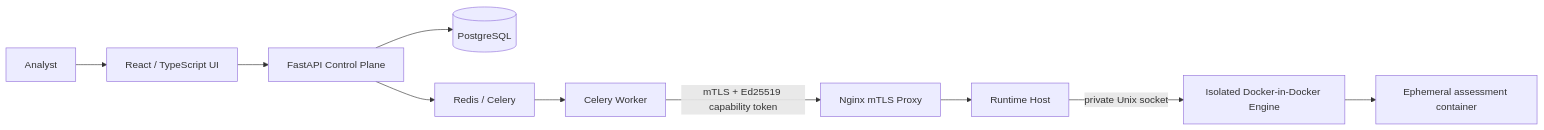
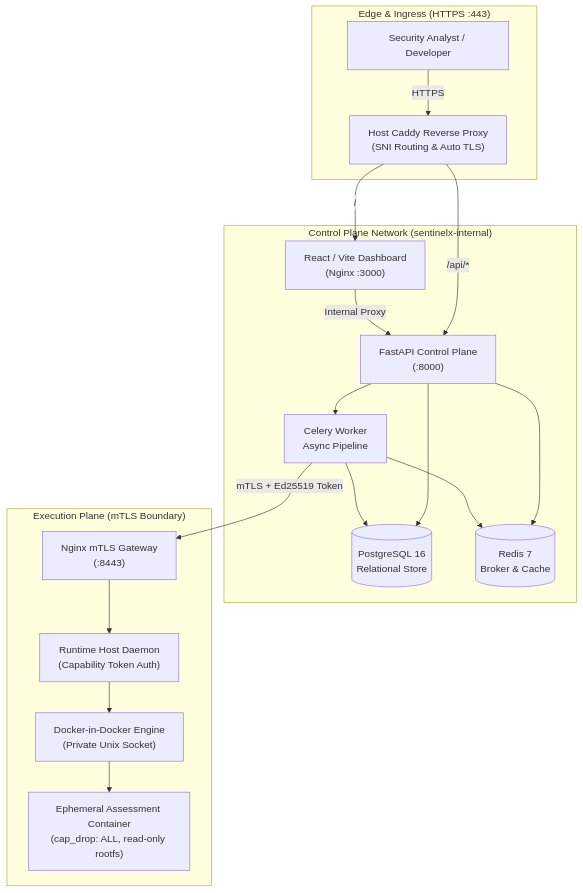
One commit to PranavBShenoy/Sentinal-X changed the diagram in README.md. Above: the diagram before and after it, drawn with Mermaid. The commit also changed other lines of this file and 38 other files, not shown here.

````diff
--- a/README.md
+++ b/README.md
@@ -13,12 +33,38 @@
 ```mermaid
-flowchart LR
-    User[Analyst] --> UI[React / TypeScript UI]
-    UI --> API[FastAPI Control Plane]
-    API --> DB[(PostgreSQL)]
-    API --> Queue[Redis / Celery]
-    Queue --> Worker[Celery Worker]
-    Worker -->|mTLS + Ed25519 capability token| Proxy[Nginx mTLS Proxy]
-    Proxy --> Host[Runtime Host]
-    Host -->|private Unix socket| Engine[Isolated Docker-in-Docker Engine]
-    Engine --> Job[Ephemeral assessment container]
+flowchart TD
+    subgraph Clients["Edge & Ingress (HTTPS :443)"]
+        User["Security Analyst / Developer"]
+        Caddy["Host Caddy Reverse Proxy<br/>(SNI Routing & Auto TLS)"]
+    end
+
+    subgraph ControlPlane["Control Plane Network (sentinelx-internal)"]
+        Frontend["React / Vite Dashboard<br/>(Nginx :3000)"]
+        API["FastAPI Control Plane<br/>(:8000)"]
+        DB[("PostgreSQL 16<br/>Relational Store")]
+        Redis[("Redis 7<br/>Broker & Cache")]
+        Worker["Celery Worker<br/>Async Pipeline"]
+    end
+
+    subgraph ExecutionPlane["Execution Plane (mTLS Boundary)"]
+        Proxy["Nginx mTLS Gateway<br/>(:8443)"]
+        Host["Runtime Host Daemon<br/>(Capability Token Auth)"]
+        DIND["Docker-in-Docker Engine<br/>(Private Unix Socket)"]
+        Sandbox["Ephemeral Assessment Container<br/>(cap_drop: ALL, read-only rootfs)"]
+    end
+
+    User -->|HTTPS| Caddy
+    Caddy -->|/| Frontend
+    Caddy -->|/api/*| API
+    Frontend -->|Internal Proxy| API
+
+    API --> DB
+    API --> Redis
+    API --> Worker
+    Worker --> Redis
+    Worker --> DB
+
+    Worker -->|mTLS + Ed25519 Token| Proxy
+    Proxy --> Host
+    Host --> DIND
+    DIND --> Sandbox
 ```
````
